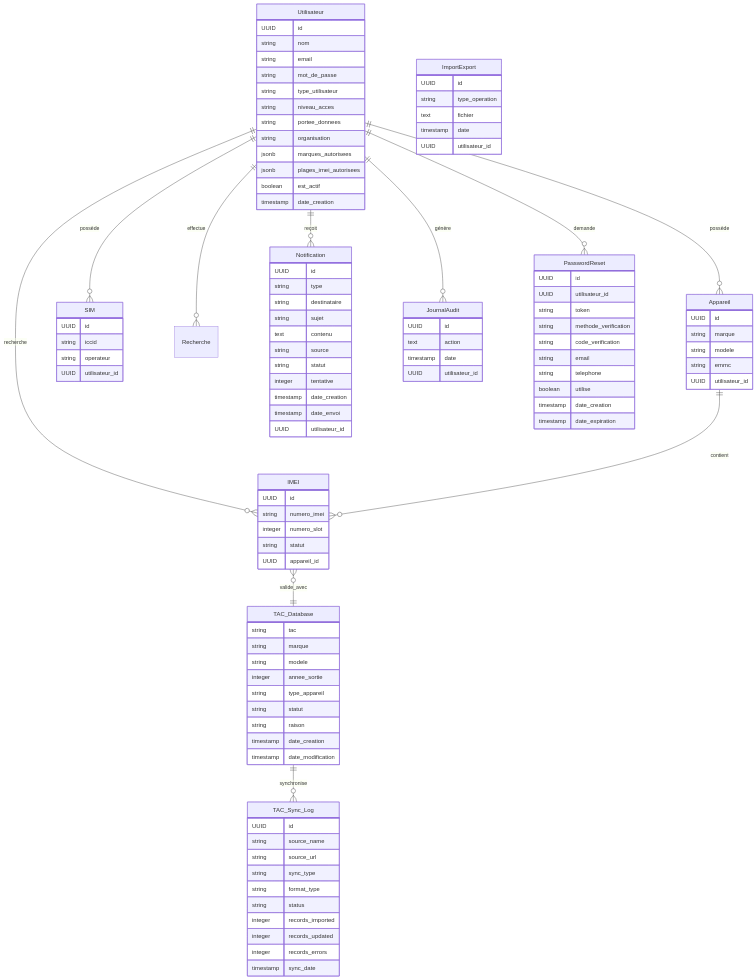
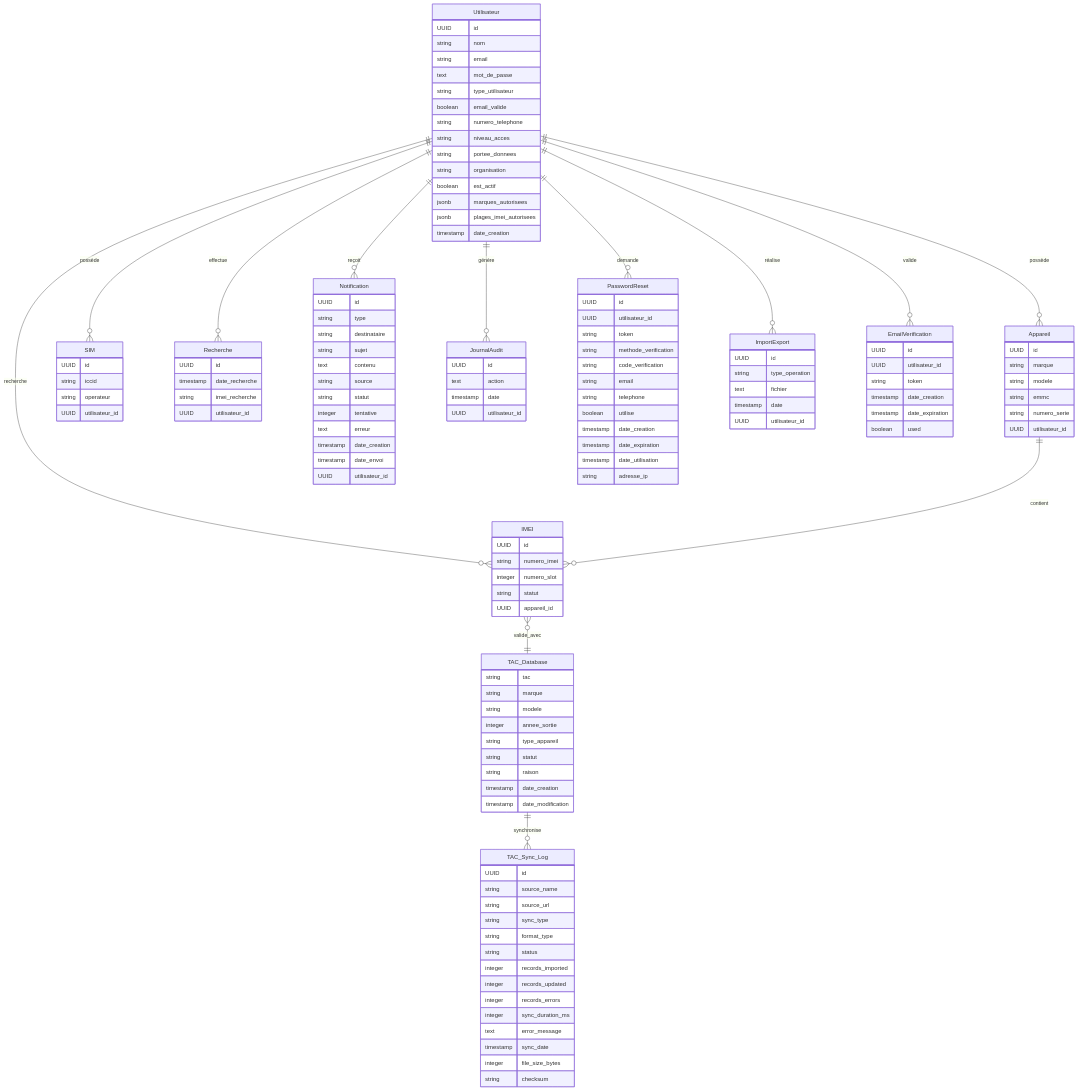
One commit to Mohamedsalem00/eir-project changed the diagram in README.md. Above: the diagram before and after it, drawn with Mermaid. The commit also changed 7 other files, not shown here.

````diff
--- a/README.md
+++ b/README.md
@@ -239,37 +239,51 @@
     Utilisateur ||--o{ Appareil : "possède"
     Utilisateur ||--o{ SIM : "possède"
     Utilisateur ||--o{ IMEI : "recherche"
-    Appareil ||--o{ IMEI : "contient"
     Utilisateur ||--o{ Recherche : "effectue"
     Utilisateur ||--o{ Notification : "reçoit"
     Utilisateur ||--o{ JournalAudit : "génère"
     Utilisateur ||--o{ PasswordReset : "demande"
+    Utilisateur ||--o{ ImportExport : "réalise"
+    Utilisateur ||--o{ EmailVerification : "valide"
+    Appareil ||--o{ IMEI : "contient"
     IMEI }o--|| TAC_Database : "valide_avec"
     TAC_Database ||--o{ TAC_Sync_Log : "synchronise"
-    
+
     Utilisateur {
         UUID id
         string nom
         string email
-        string mot_de_passe
+        text mot_de_passe
         string type_utilisateur
+        boolean email_valide
+        string numero_telephone
         string niveau_acces
         string portee_donnees
         string organisation
+        boolean est_actif
         jsonb marques_autorisees
         jsonb plages_imei_autorisees
-        boolean est_actif
         timestamp date_creation
     }
-    
+
+    EmailVerification {
+        UUID id
+        UUID utilisateur_id
+        string token
+        timestamp date_creation
+        timestamp date_expiration
+        boolean used
+    }
+
     Appareil {
         UUID id
         string marque
         string modele
         string emmc
+        string numero_serie
         UUID utilisateur_id
     }
-    
+
     IMEI {
         UUID id
         string numero_imei
@@ -277,7 +291,66 @@
         string statut
         UUID appareil_id
     }
-    
+
+    SIM {
+        UUID id
+        string iccid
+        string operateur
+        UUID utilisateur_id
+    }
+
+    Recherche {
+        UUID id
+        timestamp date_recherche
+        string imei_recherche
+        UUID utilisateur_id
+    }
+
+    Notification {
+        UUID id
+        string type
+        string destinataire
+        string sujet
+        text contenu
+        string source
+        string statut
+        integer tentative
+        text erreur
+        timestamp date_creation
+        timestamp date_envoi
+        UUID utilisateur_id
+    }
+
+    JournalAudit {
+        UUID id
+        text action
+        timestamp date
+        UUID utilisateur_id
+    }
+
+    ImportExport {
+        UUID id
+        string type_operation
+        text fichier
+        timestamp date
+        UUID utilisateur_id
+    }
+
+    PasswordReset {
+        UUID id
+        UUID utilisateur_id
+        string token
+        string methode_verification
+        string code_verification
+        string email
+        string telephone
+        boolean utilise
+        timestamp date_creation
+        timestamp date_expiration
+        timestamp date_utilisation
+        string adresse_ip
+    }
+
     TAC_Database {
         string tac
         string marque
@@ -289,7 +362,7 @@
         timestamp date_creation
         timestamp date_modification
     }
-    
+
     TAC_Sync_Log {
         UUID id
         string source_name
@@ -300,55 +373,10 @@
         integer records_imported
         integer records_updated
         integer records_errors
+        integer sync_duration_ms
+        text error_message
         timestamp sync_date
-    }
-    
-    SIM {
-        UUID id
-        string iccid
-        string operateur
-        UUID utilisateur_id
-    }
-    
-    Notification {
-        UUID id
-        string type
-        string destinataire
-        string sujet
-        text contenu
-        string source
-        string statut
-        integer tentative
-        timestamp date_creation
-        timestamp date_envoi
-        UUID utilisateur_id
-    }
-    
-    PasswordReset {
-        UUID id
-        UUID utilisateur_id
-        string token
-        string methode_verification
-        string code_verification
-        string email
-        string telephone
-        boolean utilise
-        timestamp date_creation
-        timestamp date_expiration
-    }
-    
-    JournalAudit {
-        UUID id
-        text action
-        timestamp date
-        UUID utilisateur_id
-    }
-    
-    ImportExport {
-        UUID id
-        string type_operation
-        text fichier
-        timestamp date
-        UUID utilisateur_id
+        integer file_size_bytes
+        string checksum
     }
 ```
````
